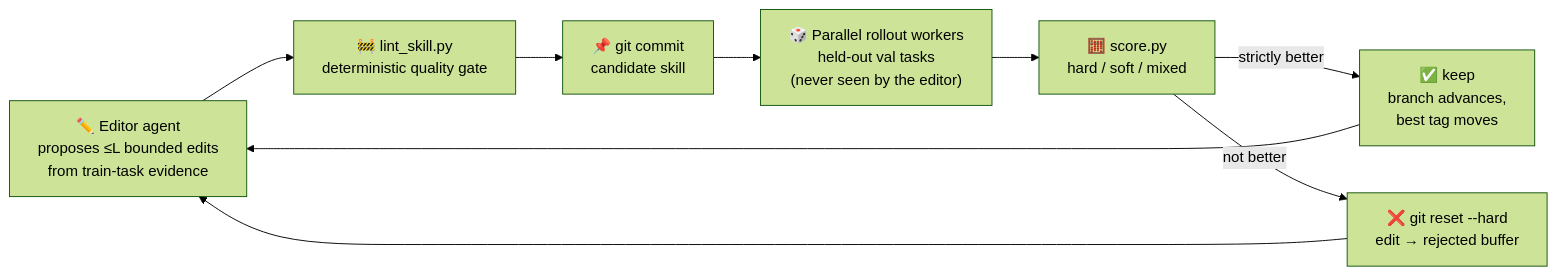
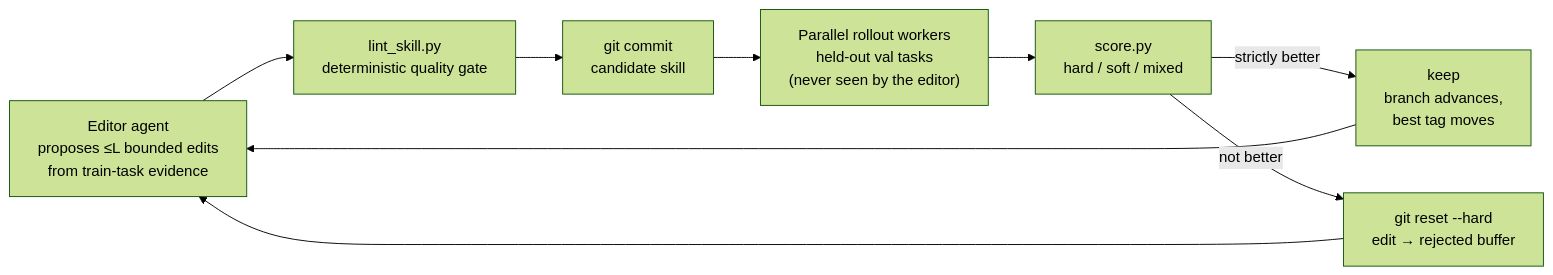
Before and after one commit to shahshrey/skill-trainer: the diagram in README.md, drawn with Mermaid (forest theme). The commit also changed other lines of this file and 32 other files, not shown here.

````diff
--- a/README.md
+++ b/README.md
@@ -67,11 +67,11 @@
 ```mermaid
 flowchart LR
-    A["✏️ Editor agent<br/>proposes ≤L bounded edits<br/>from train-task evidence"] --> B["🚧 lint_skill.py<br/>deterministic quality gate"]
-    B --> C["📌 git commit<br/>candidate skill"]
-    C --> D["🎲 Parallel rollout workers<br/>held-out val tasks<br/>(never seen by the editor)"]
-    D --> E["🧮 score.py<br/>hard / soft / mixed"]
-    E -->|"strictly better"| F["✅ keep<br/>branch advances,<br/>best tag moves"]
-    E -->|"not better"| G["❌ git reset --hard<br/>edit → rejected buffer"]
+    A["Editor agent<br/>proposes ≤L bounded edits<br/>from train-task evidence"] --> B["lint_skill.py<br/>deterministic quality gate"]
+    B --> C["git commit<br/>candidate skill"]
+    C --> D["Parallel rollout workers<br/>held-out val tasks<br/>(never seen by the editor)"]
+    D --> E["score.py<br/>hard / soft / mixed"]
+    E -->|"strictly better"| F["keep<br/>branch advances,<br/>best tag moves"]
+    E -->|"not better"| G["git reset --hard<br/>edit → rejected buffer"]
     F --> A
     G --> A
 ```
````
